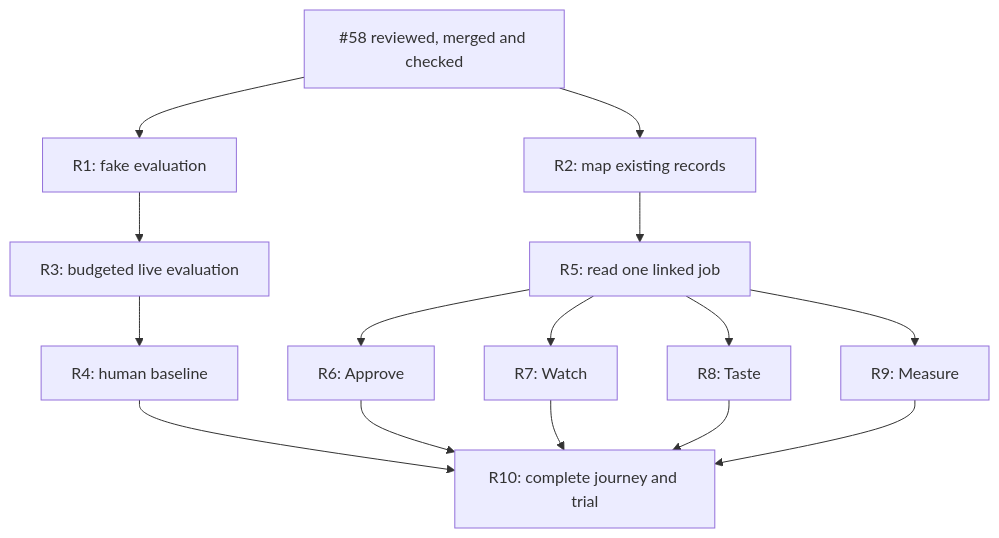
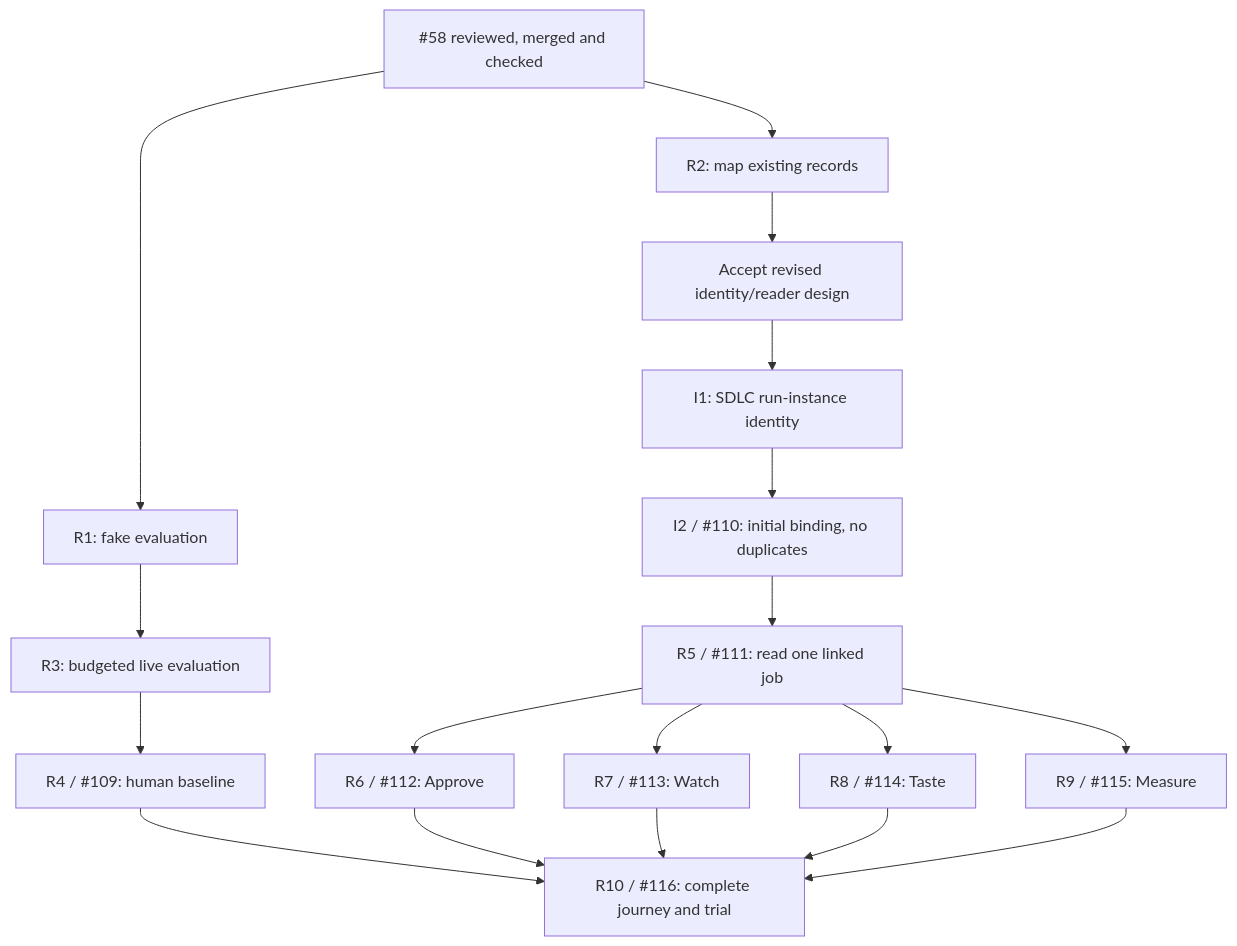
Before and after one commit to jon-devlapaz/tinkery: the diagram in docs/design/first-release.md, drawn with Mermaid. The commit also changed other lines of this file and 12 other files, not shown here.

````diff
--- a/docs/design/first-release.md
+++ b/docs/design/first-release.md
@@ -73,17 +81,20 @@
 ```mermaid
 flowchart TD
     Done58["#58 reviewed, merged and checked"] --> R1["R1: fake evaluation"]
     Done58 --> R2["R2: map existing records"]
     R1 --> R3["R3: budgeted live evaluation"]
-    R3 --> R4["R4: human baseline"]
-    R2 --> R5["R5: read one linked job"]
-    R5 --> R6["R6: Approve"]
-    R5 --> R7["R7: Watch"]
-    R5 --> R8["R8: Taste"]
-    R5 --> R9["R9: Measure"]
-    R4 --> R10["R10: complete journey and trial"]
+    R3 --> R4["R4 / #109: human baseline"]
+    R2 --> Design["Accept revised identity/reader design"]
+    Design --> I1["I1: SDLC run-instance identity"]
+    I1 --> I2["I2 / #110: initial binding, no duplicates"]
+    I2 --> R5["R5 / #111: read one linked job"]
+    R5 --> R6["R6 / #112: Approve"]
+    R5 --> R7["R7 / #113: Watch"]
+    R5 --> R8["R8 / #114: Taste"]
+    R5 --> R9["R9 / #115: Measure"]
+    R4 --> R10["R10 / #116: complete journey and trial"]
     R6 --> R10
     R7 --> R10
     R8 --> R10
     R9 --> R10
 ```
````
